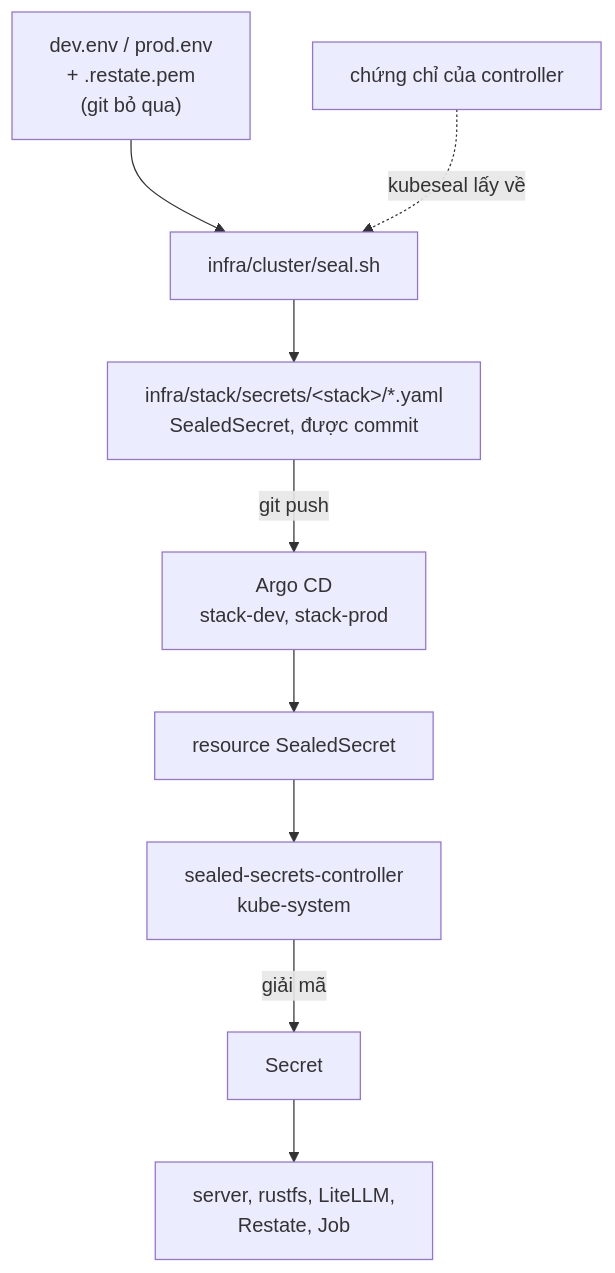
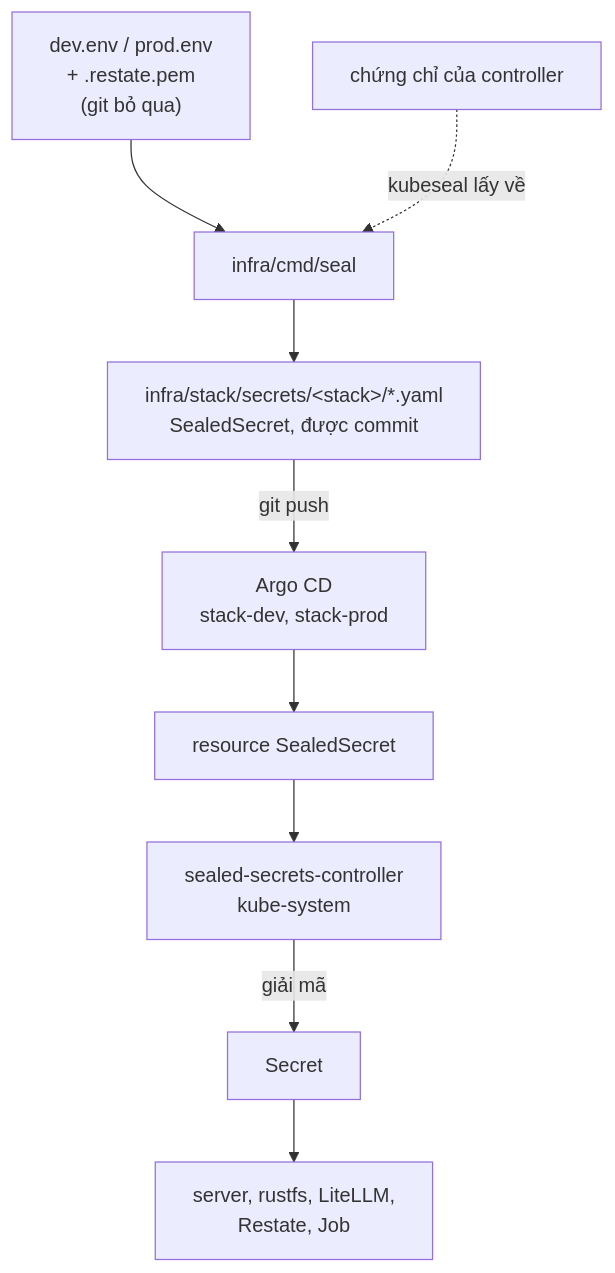
The diagram in web/src/content/docs/vi/operations/cluster/secrets.mdx (shopnexus/docs), drawn with Mermaid before and after one commit. The commit also changed other lines of this file and 17 other files, not shown here.

First line of the commit message:
docs(web): cluster pages for the k3d configs, cmd/seal and smoke.hurl

````diff
--- a/web/src/content/docs/vi/operations/cluster/secrets.mdx
+++ b/web/src/content/docs/vi/operations/cluster/secrets.mdx
@@ -16,11 +16,11 @@
 ```mermaid title="Từ file .env tới pod"
 flowchart TB
-  env["dev.env / prod.env<br/>+ .restate.pem<br/>(git bỏ qua)"] --> seal["infra/cluster/seal.sh"]
+  env["dev.env / prod.env<br/>+ .restate.pem<br/>(git bỏ qua)"] --> seal["infra/cmd/seal"]
   cert["chứng chỉ của controller"] -.->|"kubeseal lấy về"| seal
   seal --> yaml["infra/stack/secrets/#lt;stack#gt;/*.yaml<br/>SealedSecret, được commit"]
   yaml -->|"git push"| argo["Argo CD<br/>stack-dev, stack-prod"]
   argo --> ss["resource SealedSecret"]
   ss --> ctrl["sealed-secrets-controller<br/>kube-system"]
   ctrl -->|"giải mã"| sec["Secret"]
   sec --> pods["server, rustfs, LiteLLM,<br/>Restate, Job"]
 ```
````
